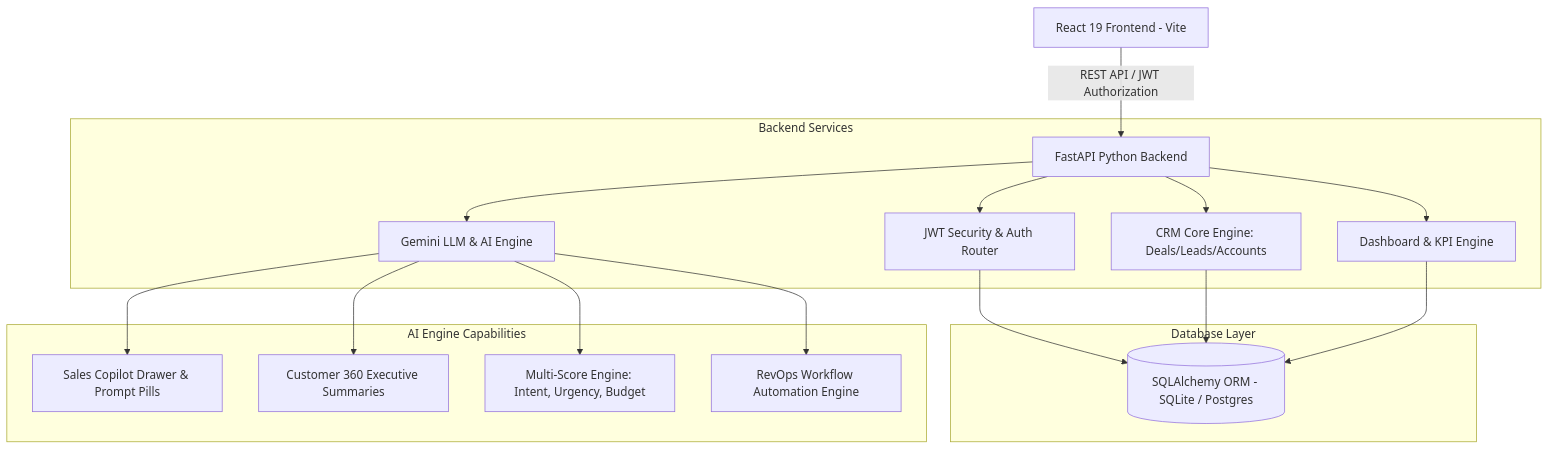
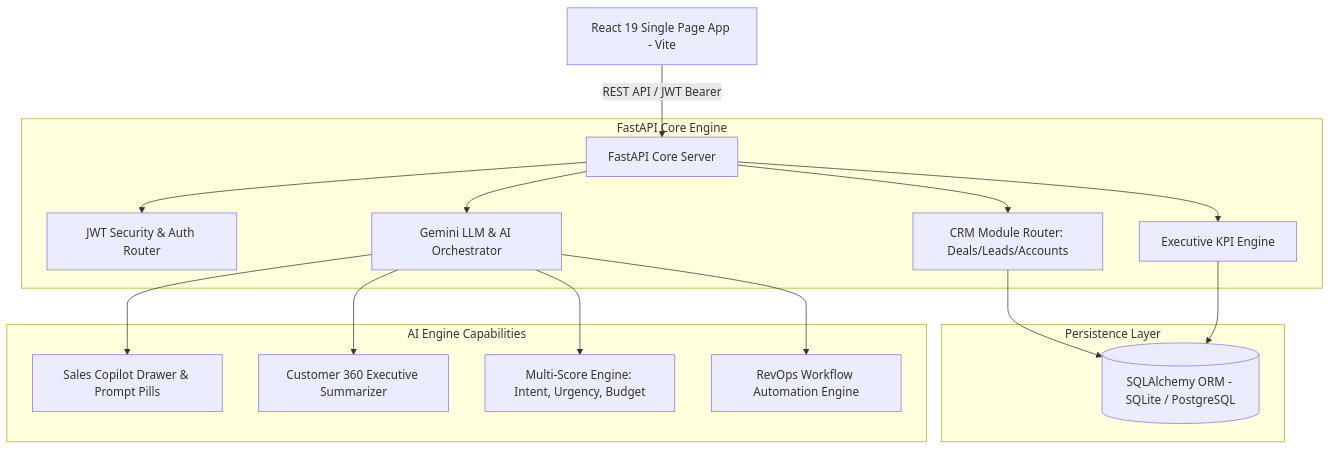
The first of 2 diagrams in README.md (sid0803/thevertical-revops), drawn with Mermaid before and after one commit. The commit also changed other lines of this file, not shown here.

Commit message:
docs: upgrade README.md to FAANG-style repository showcase with Mermaid diagrams, badges, and API matrix

````diff
--- a/README.md
+++ b/README.md
@@ -16,22 +27,22 @@
 ```mermaid
 graph TD
-    Client[React 19 Frontend - Vite] -->|REST API / JWT Authorization| API[FastAPI Python Backend]
+    Client[React 19 Single Page App - Vite] -->|REST API / JWT Bearer| API[FastAPI Core Server]
     
-    subgraph Backend Services
+    subgraph FastAPI Core Engine
         API --> Auth[JWT Security & Auth Router]
-        API --> CRM[CRM Core Engine: Deals/Leads/Accounts]
-        API --> Analytics[Dashboard & KPI Engine]
-        API --> AIService[Gemini LLM & AI Engine]
+        API --> CRM[CRM Module Router: Deals/Leads/Accounts]
+        API --> Analytics[Executive KPI Engine]
+        API --> AIService[Gemini LLM & AI Orchestrator]
     end
 
-    subgraph Database Layer
-        Auth & CRM & Analytics --> DB[(SQLAlchemy ORM - SQLite / Postgres)]
+    subgraph Persistence Layer
+        CRM & Analytics --> DB[(SQLAlchemy ORM - SQLite / PostgreSQL)]
     end
 
     subgraph AI Engine Capabilities
         AIService --> Copilot[Sales Copilot Drawer & Prompt Pills]
-        AIService --> C360[Customer 360 Executive Summaries]
+        AIService --> C360[Customer 360 Executive Summarizer]
         AIService --> Score[Multi-Score Engine: Intent, Urgency, Budget]
         AIService --> Workflows[RevOps Workflow Automation Engine]
     end
 ```
````
